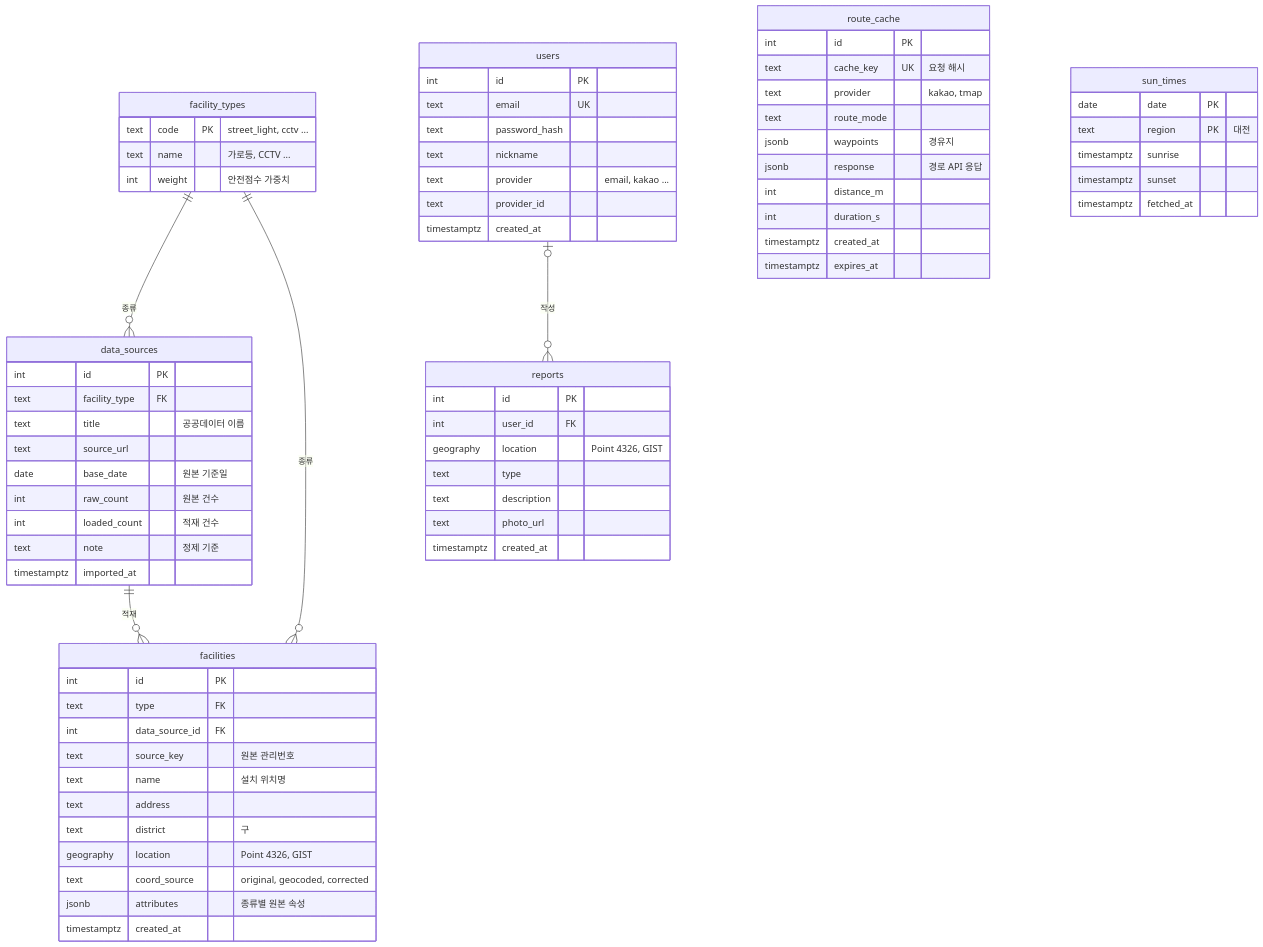
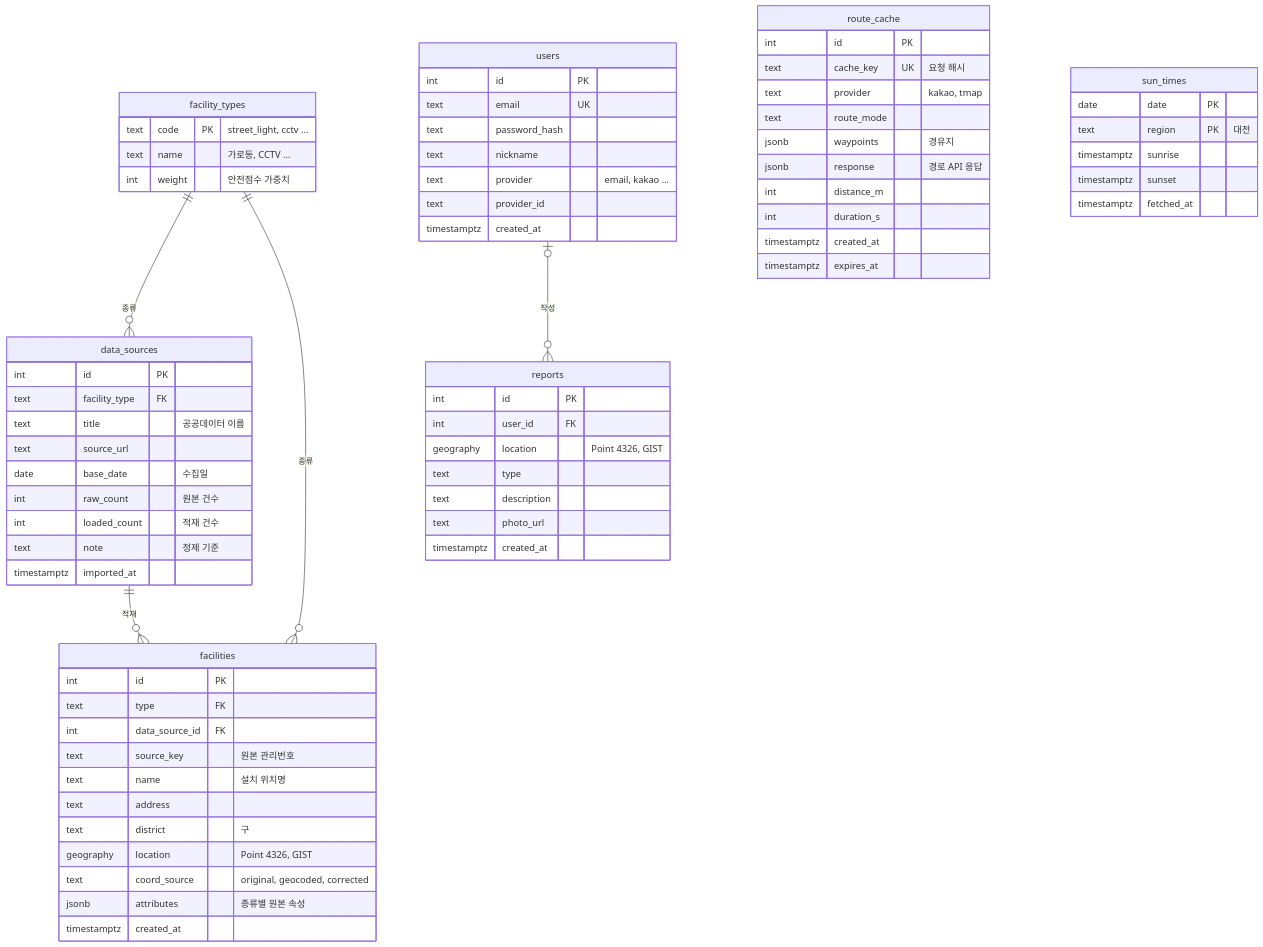
One commit to wjxor/deungdae changed the diagram in docs/ERD.md. Above: the diagram before and after it, drawn with Mermaid. The commit also changed other lines of this file and 1 other file, not shown here.

First line of the commit message:
FR-006 PR #40 merge 뒤 문서 정리: 적재 스크립트 반영, base_date는 수집일로 (#41)

````diff
--- a/docs/ERD.md
+++ b/docs/ERD.md
@@ -10,74 +10,74 @@
 ```mermaid
 erDiagram
     facility_types ||--o{ data_sources : "종류"
     facility_types ||--o{ facilities : "종류"
     data_sources ||--o{ facilities : "적재"
     users |o--o{ reports : "작성"
 
     facility_types {
         text code PK "street_light, cctv ..."
         text name "가로등, CCTV ..."
         int weight "안전점수 가중치"
     }
     data_sources {
         int id PK
         text facility_type FK
         text title "공공데이터 이름"
         text source_url
-        date base_date "원본 기준일"
+        date base_date "수집일"
         int raw_count "원본 건수"
         int loaded_count "적재 건수"
         text note "정제 기준"
         timestamptz imported_at
     }
     facilities {
         int id PK
         text type FK
         int data_source_id FK
         text source_key "원본 관리번호"
         text name "설치 위치명"
         text address
         text district "구"
         geography location "Point 4326, GIST"
         text coord_source "original, geocoded, corrected"
         jsonb attributes "종류별 원본 속성"
         timestamptz created_at
     }
     route_cache {
         int id PK
         text cache_key UK "요청 해시"
         text provider "kakao, tmap"
         text route_mode
         jsonb waypoints "경유지"
         jsonb response "경로 API 응답"
         int distance_m
         int duration_s
         timestamptz created_at
         timestamptz expires_at
     }
     sun_times {
         date date PK
         text region PK "대전"
         timestamptz sunrise
         timestamptz sunset
         timestamptz fetched_at
     }
     users {
         int id PK
         text email UK
         text password_hash
         text nickname
         text provider "email, kakao ..."
         text provider_id
         timestamptz created_at
     }
     reports {
         int id PK
         int user_id FK
         geography location "Point 4326, GIST"
         text type
         text description
         text photo_url
         timestamptz created_at
     }
 ```
````
